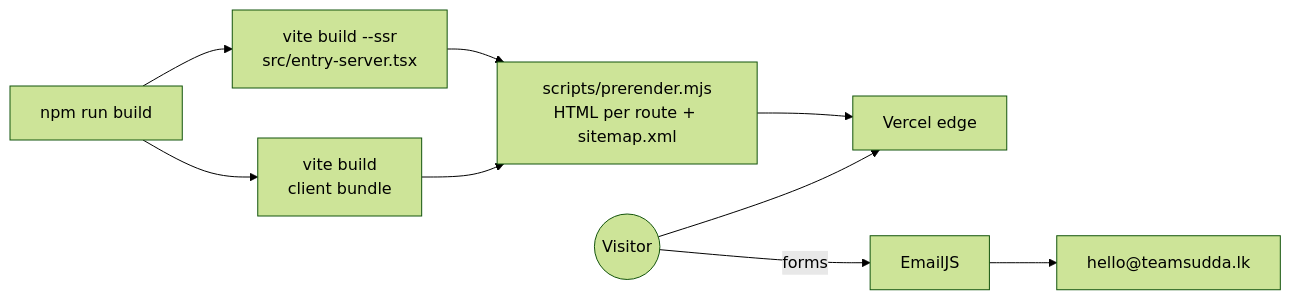
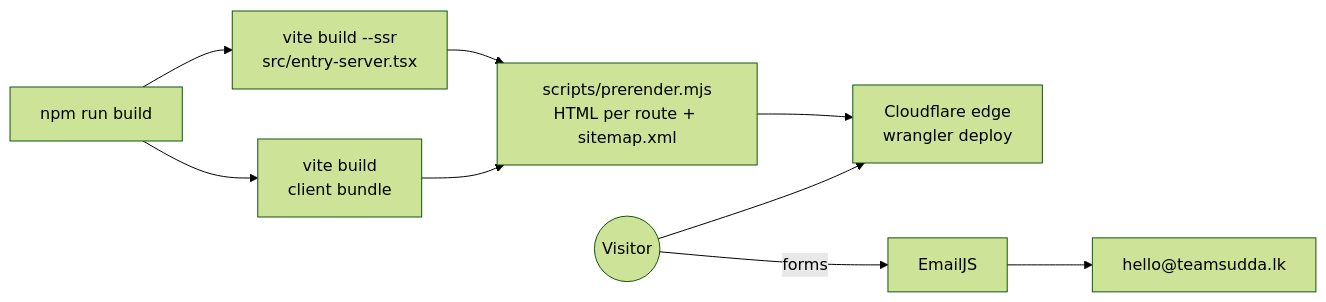
One commit to saadmaz/Team-Sudda changed the diagram in docs/ARCHITECTURE.md. Above: the diagram before and after it, drawn with Mermaid (forest theme). The commit also changed other lines of this file and 18 other files, not shown here.

First line of the commit message:
chore(hosting): move from Vercel to Cloudflare Workers

````diff
--- a/docs/ARCHITECTURE.md
+++ b/docs/ARCHITECTURE.md
@@ -13,10 +13,10 @@
 ```mermaid
 flowchart LR
   Build["npm run build"] --> Client["vite build<br/>client bundle"]
   Build --> SSR["vite build --ssr<br/>src/entry-server.tsx"]
   SSR --> Pre["scripts/prerender.mjs<br/>HTML per route + sitemap.xml"]
   Client --> Pre
-  Pre --> Vercel["Vercel edge"]
-  Visitor((Visitor)) --> Vercel
+  Pre --> CF["Cloudflare edge<br/>wrangler deploy"]
+  Visitor((Visitor)) --> CF
   Visitor -- forms --> EmailJS["EmailJS"] --> Inbox["hello@teamsudda.lk"]
 ```
````
